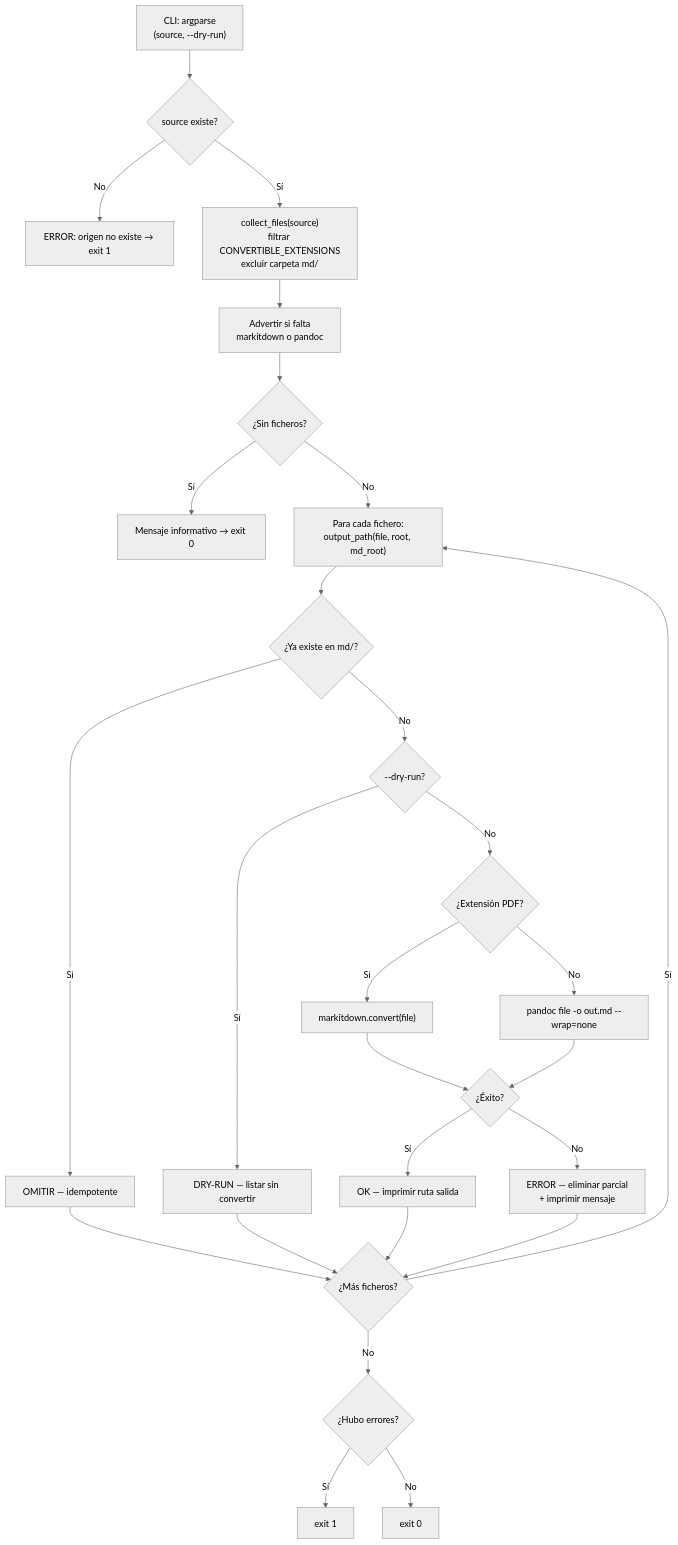
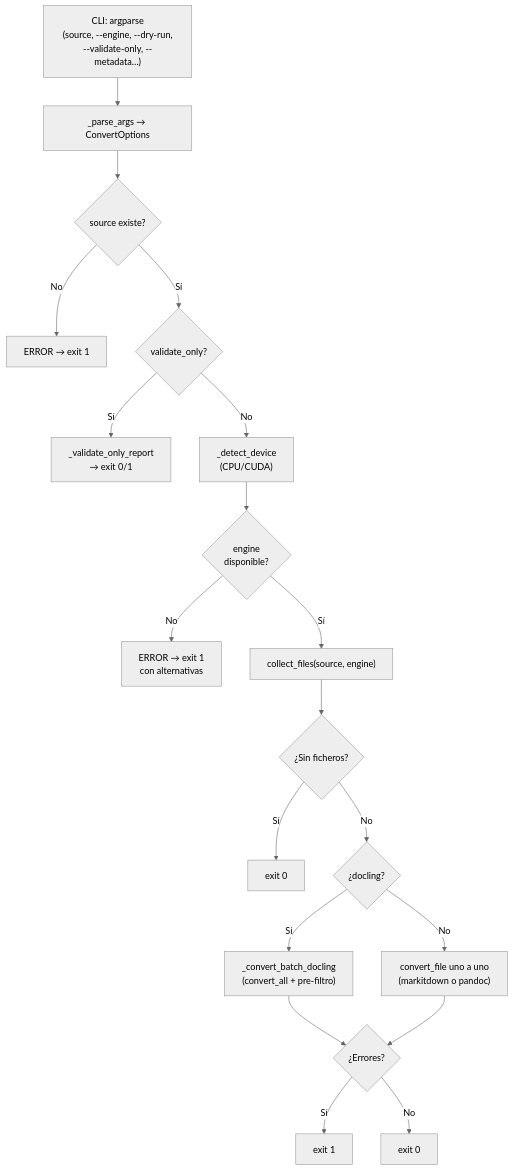
One commit to fmanza/doc_ia changed the diagram in docs/api/convert_to_md.md. Above: the diagram before and after it, drawn with Mermaid (neutral theme). The commit also changed other lines of this file and 15 other files, not shown here.

First line of the commit message:
feat(convert): motor triple docling/markitdown/pandoc con CUDA, batch y chunking RAG

````diff
--- a/docs/api/convert_to_md.md
+++ b/docs/api/convert_to_md.md
@@ -7,26 +10,22 @@
 ```mermaid
 flowchart TD
-    CLI["CLI: argparse\n(source, --dry-run)"] --> SE{source existe?}
-    SE -- No --> ERR2["ERROR: origen no existe → exit 1"]
-    SE -- Sí --> CF["collect_files(source)\nfiltrar CONVERTIBLE_EXTENSIONS\nexcluir carpeta md/"]
-    CF --> WARN["Advertir si falta\nmarkitdown o pandoc"]
-    WARN --> EMPTY{¿Sin ficheros?}
-    EMPTY -- Sí --> OK0["Mensaje informativo → exit 0"]
-    EMPTY -- No --> LOOP["Para cada fichero:\noutput_path(file, root, md_root)"]
-    LOOP --> EXISTS{¿Ya existe en md/?}
-    EXISTS -- Sí --> SKIP["OMITIR — idempotente"]
-    EXISTS -- No --> DRY{--dry-run?}
-    DRY -- Sí --> DRYOUT["DRY-RUN — listar sin convertir"]
-    DRY -- No --> EXT{¿Extensión PDF?}
-    EXT -- Sí --> MIT["markitdown.convert(file)"]
-    EXT -- No --> PAN["pandoc file -o out.md --wrap=none"]
-    MIT --> RES{¿Éxito?}
-    PAN --> RES
-    RES -- Sí --> OKFILE["OK — imprimir ruta salida"]
-    RES -- No --> ERRFILE["ERROR — eliminar parcial\n+ imprimir mensaje"]
-    SKIP & DRYOUT & OKFILE & ERRFILE --> MORE{¿Más ficheros?}
-    MORE -- Sí --> LOOP
-    MORE -- No --> FINAL{¿Hubo errores?}
+    CLI["CLI: argparse\n(source, --engine, --dry-run,\n--validate-only, --metadata…)"]
+    CLI --> PA["_parse_args → ConvertOptions"]
+    PA --> SE{source existe?}
+    SE -- No --> ERR["ERROR → exit 1"]
+    SE -- Sí --> VO{validate_only?}
+    VO -- Sí --> VREP["_validate_only_report\n→ exit 0/1"]
+    VO -- No --> DEV["_detect_device\n(CPU/CUDA)"]
+    DEV --> ENG{engine\ndisponible?}
+    ENG -- No --> ENGERR["ERROR → exit 1\ncon alternativas"]
+    ENG -- Sí --> CF["collect_files(source, engine)"]
+    CF --> EMPTY{¿Sin ficheros?}
+    EMPTY -- Sí --> OK0["exit 0"]
+    EMPTY -- No --> BATCH{¿docling?}
+    BATCH -- Sí --> BA["_convert_batch_docling\n(convert_all + pre-filtro)"]
+    BATCH -- No --> LOOP["convert_file uno a uno\n(markitdown o pandoc)"]
+    BA --> FINAL
+    LOOP --> FINAL{¿Errores?}
     FINAL -- Sí --> EXIT1["exit 1"]
     FINAL -- No --> EXIT0["exit 0"]
 ```
````
